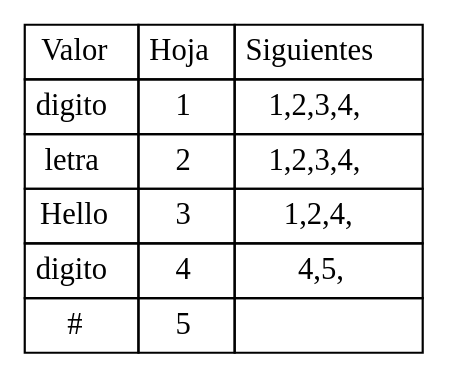
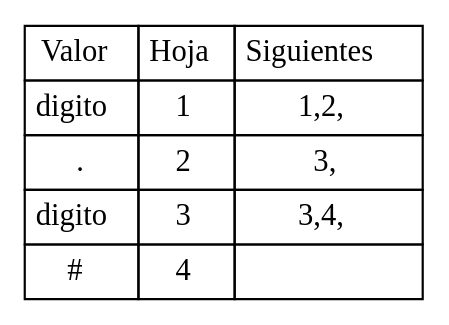
One commit to diegomazariegos2002/OLC1-P1-202003975 changed the diagram in OLC1-P1-202003975/decimal_TablaSiguientes.dot. Above: the diagram before and after it, drawn with Graphviz. The commit also changed 66 other files, not shown here.

```diff
--- a/OLC1-P1-202003975/decimal_TablaSiguientes.dot
+++ b/OLC1-P1-202003975/decimal_TablaSiguientes.dot
@@ -1,20 +1,17 @@
 digraph html { 
 abc [shape=none, margin=0, label=< 
 <TABLE BORDER="0" CELLBORDER="1" CELLSPACING="0" CELLPADDING="4">
 <TR><TD>Valor</TD><TD>Hoja</TD><TD>Siguientes</TD></TR>
 <TR>
-<TD>digito</TD><TD>1</TD><TD>1,2,3,4,</TD>
+<TD>digito</TD><TD>1</TD><TD>1,2,</TD>
 </TR>
 <TR>
-<TD>letra</TD><TD>2</TD><TD>1,2,3,4,</TD>
+<TD>.</TD><TD>2</TD><TD>3,</TD>
 </TR>
 <TR>
-<TD>Hello</TD><TD>3</TD><TD>1,2,4,</TD>
+<TD>digito</TD><TD>3</TD><TD>3,4,</TD>
 </TR>
 <TR>
-<TD>digito</TD><TD>4</TD><TD>4,5,</TD>
-</TR>
-<TR>
-<TD>#</TD><TD>5</TD><TD></TD>
+<TD>#</TD><TD>4</TD><TD></TD>
 </TR>    </TABLE>>];
 }
```
